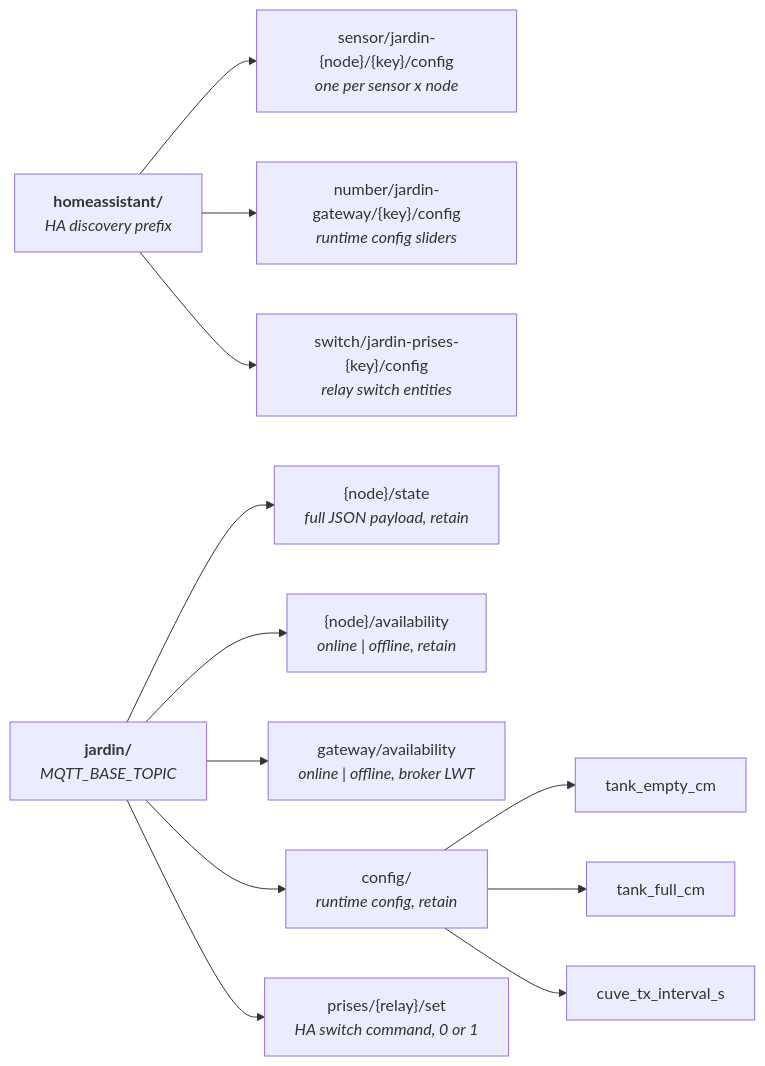
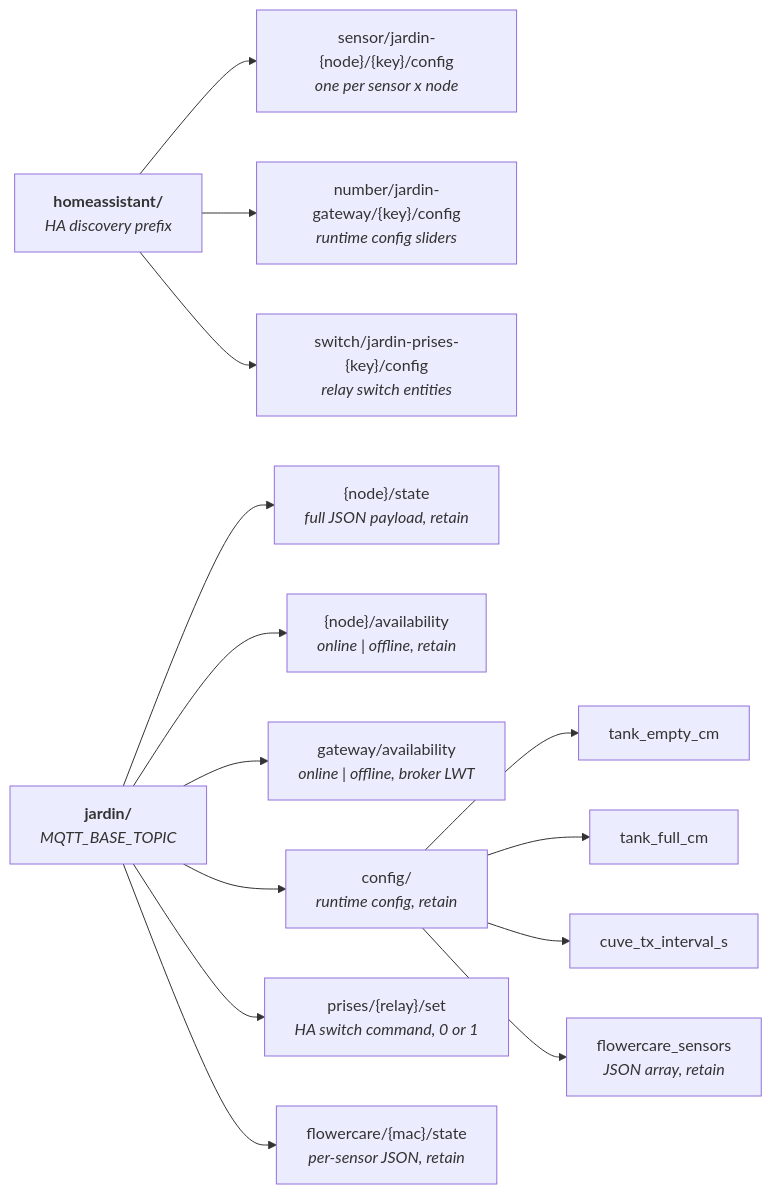
One commit to gre/jardin-sensors changed the fifth of 7 diagrams in README.md. Above: the diagram before and after it, drawn with Mermaid. The commit also changed other lines of this file and 4 other files, not shown here.

First line of the commit message:
feat: multiple Flower Care sensors, configurable from HA via MQTT

````diff
--- a/README.md
+++ b/README.md
@@ -291,17 +310,19 @@
 ```mermaid
 flowchart LR
     HA["<b>homeassistant/</b><br/><i>HA discovery prefix</i>"]
     HA --> HAS["sensor/jardin-{node}/{key}/config<br/><i>one per sensor x node</i>"]
     HA --> HAN["number/jardin-gateway/{key}/config<br/><i>runtime config sliders</i>"]
     HA --> HASW["switch/jardin-prises-{key}/config<br/><i>relay switch entities</i>"]
 
     J["<b>jardin/</b><br/><i>MQTT_BASE_TOPIC</i>"]
     J --> JS["{node}/state<br/><i>full JSON payload, retain</i>"]
     J --> JA["{node}/availability<br/><i>online | offline, retain</i>"]
     J --> JG["gateway/availability<br/><i>online | offline, broker LWT</i>"]
     J --> JC["config/<br/><i>runtime config, retain</i>"]
     JC --> JCE[tank_empty_cm]
     JC --> JCF[tank_full_cm]
     JC --> JCT[cuve_tx_interval_s]
+    JC --> JCFC[flowercare_sensors<br/><i>JSON array, retain</i>]
     J --> JR["prises/{relay}/set<br/><i>HA switch command, 0 or 1</i>"]
+    J --> JFC["flowercare/{mac}/state<br/><i>per-sensor JSON, retain</i>"]
 ```
````
